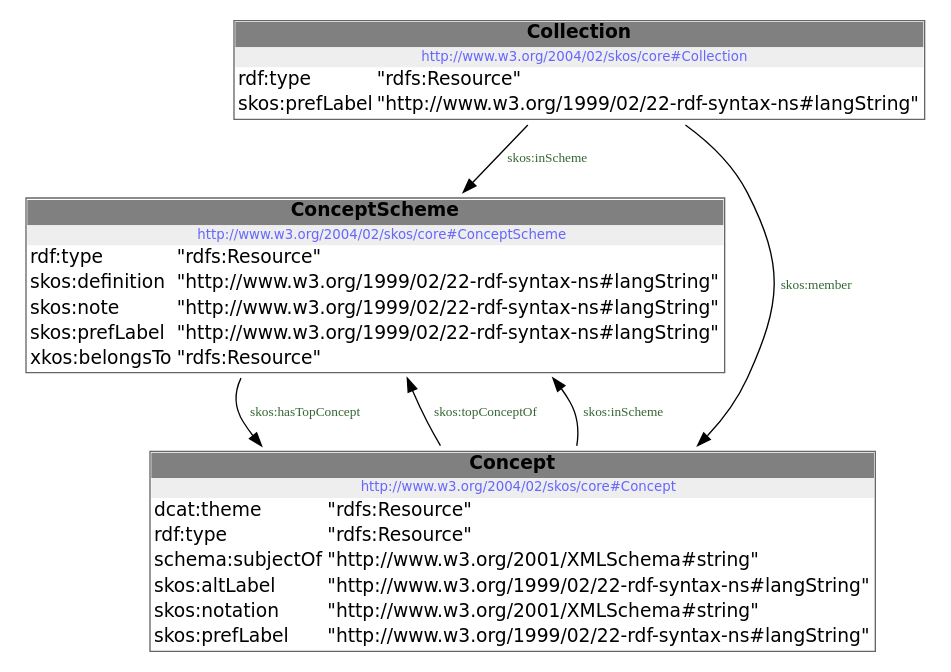
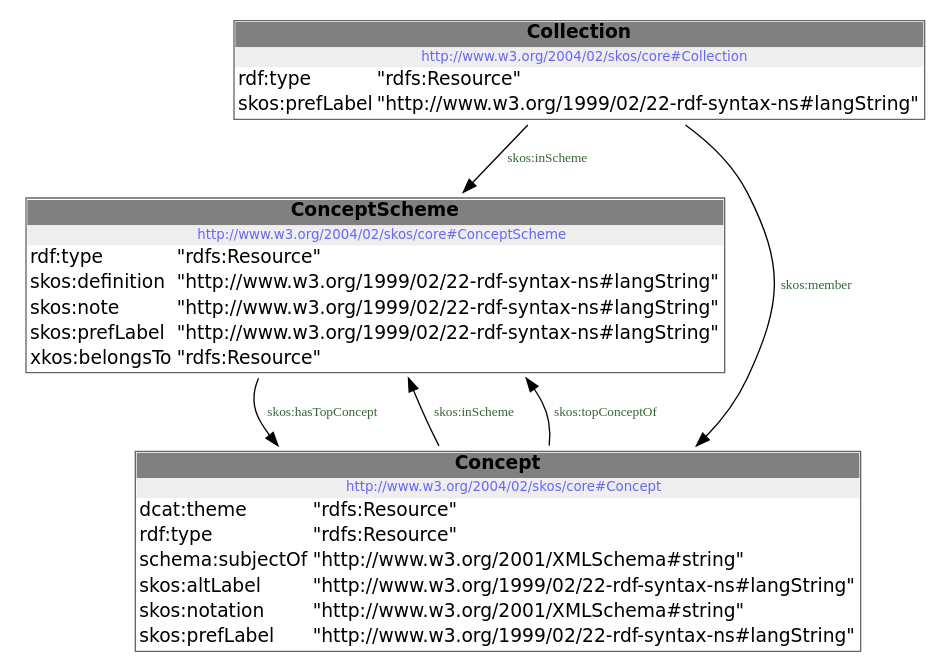
The diagram in src/documentation/model.dot (milieuinfo/codelijst-bioindicator), drawn with Graphviz before and after one commit. The commit also changed 8 other files, not shown here.

```diff
--- a/src/documentation/model.dot
+++ b/src/documentation/model.dot
@@ -1,14 +1,14 @@
 digraph { 
  node [ fontname="DejaVu Sans" ] ; 
-	node0 -> node1 [ color=BLACK, label=< <font point-size='10' color='#336633'>skos:hasTopConcept</font> > ] ;
-	node1 -> node0 [ color=BLACK, label=< <font point-size='10' color='#336633'>skos:topConceptOf</font> > ] ;
-	node2 -> node1 [ color=BLACK, label=< <font point-size='10' color='#336633'>skos:member</font> > ] ;
-	node1 -> node0 [ color=BLACK, label=< <font point-size='10' color='#336633'>skos:inScheme</font> > ] ;
-	node2 -> node0 [ color=BLACK, label=< <font point-size='10' color='#336633'>skos:inScheme</font> > ] ;
-# http://www.w3.org/2004/02/skos/core#ConceptScheme node0
-node0 [ shape=none, color=black label=< <table color='#666666' cellborder='0' cellspacing='0' border='1'><tr><td colspan='2' bgcolor='grey'><B>ConceptScheme</B></td></tr><tr><td href='http://www.w3.org/2004/02/skos/core#ConceptScheme' bgcolor='#eeeeee' colspan='2'><font point-size='10' color='#6666ff'>http://www.w3.org/2004/02/skos/core#ConceptScheme</font></td></tr><tr><td align='left'>rdf:type</td><td align='left'>&quot;rdfs:Resource&quot;</td></tr><tr><td align='left'>skos:definition</td><td align='left'>&quot;http://www.w3.org/1999/02/22-rdf-syntax-ns#langString&quot;</td></tr><tr><td align='left'>skos:note</td><td align='left'>&quot;http://www.w3.org/1999/02/22-rdf-syntax-ns#langString&quot;</td></tr><tr><td align='left'>skos:prefLabel</td><td align='left'>&quot;http://www.w3.org/1999/02/22-rdf-syntax-ns#langString&quot;</td></tr><tr><td align='left'>xkos:belongsTo</td><td align='left'>&quot;rdfs:Resource&quot;</td></tr></table> > ] 
-# http://www.w3.org/2004/02/skos/core#Concept node1
-node1 [ shape=none, color=black label=< <table color='#666666' cellborder='0' cellspacing='0' border='1'><tr><td colspan='2' bgcolor='grey'><B>Concept</B></td></tr><tr><td href='http://www.w3.org/2004/02/skos/core#Concept' bgcolor='#eeeeee' colspan='2'><font point-size='10' color='#6666ff'>http://www.w3.org/2004/02/skos/core#Concept</font></td></tr><tr><td align='left'>dcat:theme</td><td align='left'>&quot;rdfs:Resource&quot;</td></tr><tr><td align='left'>rdf:type</td><td align='left'>&quot;rdfs:Resource&quot;</td></tr><tr><td align='left'>schema:subjectOf</td><td align='left'>&quot;http://www.w3.org/2001/XMLSchema#string&quot;</td></tr><tr><td align='left'>skos:altLabel</td><td align='left'>&quot;http://www.w3.org/1999/02/22-rdf-syntax-ns#langString&quot;</td></tr><tr><td align='left'>skos:notation</td><td align='left'>&quot;http://www.w3.org/2001/XMLSchema#string&quot;</td></tr><tr><td align='left'>skos:prefLabel</td><td align='left'>&quot;http://www.w3.org/1999/02/22-rdf-syntax-ns#langString&quot;</td></tr></table> > ] 
-# http://www.w3.org/2004/02/skos/core#Collection node2
-node2 [ shape=none, color=black label=< <table color='#666666' cellborder='0' cellspacing='0' border='1'><tr><td colspan='2' bgcolor='grey'><B>Collection</B></td></tr><tr><td href='http://www.w3.org/2004/02/skos/core#Collection' bgcolor='#eeeeee' colspan='2'><font point-size='10' color='#6666ff'>http://www.w3.org/2004/02/skos/core#Collection</font></td></tr><tr><td align='left'>rdf:type</td><td align='left'>&quot;rdfs:Resource&quot;</td></tr><tr><td align='left'>skos:prefLabel</td><td align='left'>&quot;http://www.w3.org/1999/02/22-rdf-syntax-ns#langString&quot;</td></tr></table> > ] 
+	node0 -> node1 [ color=BLACK, label=< <font point-size='10' color='#336633'>skos:inScheme</font> > ] ;
+	node2 -> node1 [ color=BLACK, label=< <font point-size='10' color='#336633'>skos:inScheme</font> > ] ;
+	node2 -> node1 [ color=BLACK, label=< <font point-size='10' color='#336633'>skos:topConceptOf</font> > ] ;
+	node0 -> node2 [ color=BLACK, label=< <font point-size='10' color='#336633'>skos:member</font> > ] ;
+	node1 -> node2 [ color=BLACK, label=< <font point-size='10' color='#336633'>skos:hasTopConcept</font> > ] ;
+# http://www.w3.org/2004/02/skos/core#Collection node0
+node0 [ shape=none, color=black label=< <table color='#666666' cellborder='0' cellspacing='0' border='1'><tr><td colspan='2' bgcolor='grey'><B>Collection</B></td></tr><tr><td href='http://www.w3.org/2004/02/skos/core#Collection' bgcolor='#eeeeee' colspan='2'><font point-size='10' color='#6666ff'>http://www.w3.org/2004/02/skos/core#Collection</font></td></tr><tr><td align='left'>rdf:type</td><td align='left'>&quot;rdfs:Resource&quot;</td></tr><tr><td align='left'>skos:prefLabel</td><td align='left'>&quot;http://www.w3.org/1999/02/22-rdf-syntax-ns#langString&quot;</td></tr></table> > ] 
+# http://www.w3.org/2004/02/skos/core#ConceptScheme node1
+node1 [ shape=none, color=black label=< <table color='#666666' cellborder='0' cellspacing='0' border='1'><tr><td colspan='2' bgcolor='grey'><B>ConceptScheme</B></td></tr><tr><td href='http://www.w3.org/2004/02/skos/core#ConceptScheme' bgcolor='#eeeeee' colspan='2'><font point-size='10' color='#6666ff'>http://www.w3.org/2004/02/skos/core#ConceptScheme</font></td></tr><tr><td align='left'>rdf:type</td><td align='left'>&quot;rdfs:Resource&quot;</td></tr><tr><td align='left'>skos:definition</td><td align='left'>&quot;http://www.w3.org/1999/02/22-rdf-syntax-ns#langString&quot;</td></tr><tr><td align='left'>skos:note</td><td align='left'>&quot;http://www.w3.org/1999/02/22-rdf-syntax-ns#langString&quot;</td></tr><tr><td align='left'>skos:prefLabel</td><td align='left'>&quot;http://www.w3.org/1999/02/22-rdf-syntax-ns#langString&quot;</td></tr><tr><td align='left'>xkos:belongsTo</td><td align='left'>&quot;rdfs:Resource&quot;</td></tr></table> > ] 
+# http://www.w3.org/2004/02/skos/core#Concept node2
+node2 [ shape=none, color=black label=< <table color='#666666' cellborder='0' cellspacing='0' border='1'><tr><td colspan='2' bgcolor='grey'><B>Concept</B></td></tr><tr><td href='http://www.w3.org/2004/02/skos/core#Concept' bgcolor='#eeeeee' colspan='2'><font point-size='10' color='#6666ff'>http://www.w3.org/2004/02/skos/core#Concept</font></td></tr><tr><td align='left'>dcat:theme</td><td align='left'>&quot;rdfs:Resource&quot;</td></tr><tr><td align='left'>rdf:type</td><td align='left'>&quot;rdfs:Resource&quot;</td></tr><tr><td align='left'>schema:subjectOf</td><td align='left'>&quot;http://www.w3.org/2001/XMLSchema#string&quot;</td></tr><tr><td align='left'>skos:altLabel</td><td align='left'>&quot;http://www.w3.org/1999/02/22-rdf-syntax-ns#langString&quot;</td></tr><tr><td align='left'>skos:notation</td><td align='left'>&quot;http://www.w3.org/2001/XMLSchema#string&quot;</td></tr><tr><td align='left'>skos:prefLabel</td><td align='left'>&quot;http://www.w3.org/1999/02/22-rdf-syntax-ns#langString&quot;</td></tr></table> > ] 
 }
```
